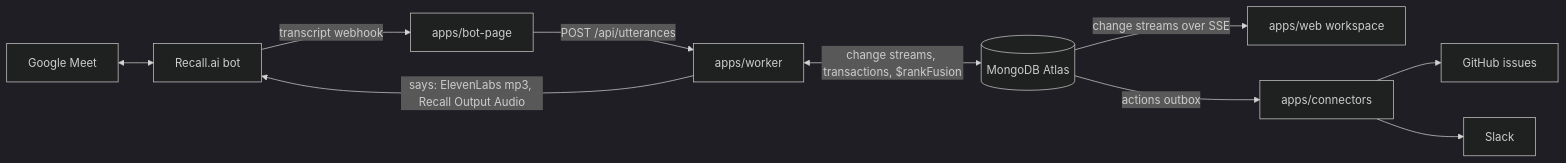
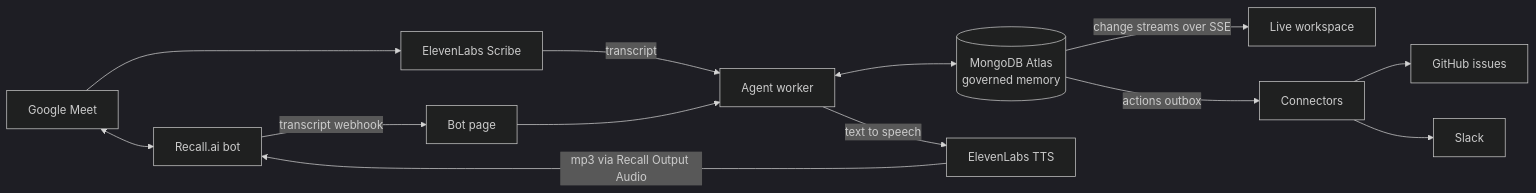
One commit to WagerWarrior/GoMon changed the diagram in README.md. Above: the diagram before and after it, drawn with Mermaid (dark theme). The commit also changed other lines of this file, not shown here.

````diff
--- a/README.md
+++ b/README.md
@@ -12,12 +40,15 @@
 ```mermaid
 flowchart LR
     Meet[Google Meet] <--> Bot[Recall.ai bot]
-    Bot -->|transcript webhook| Page[apps/bot-page]
-    Page -->|POST /api/utterances| W[apps/worker]
-    W <-->|change streams, transactions, $rankFusion| A[(MongoDB Atlas)]
-    W -->|says: ElevenLabs mp3, Recall Output Audio| Bot
-    A -->|change streams over SSE| Web[apps/web workspace]
-    A -->|actions outbox| C[apps/connectors]
-    C --> GH[GitHub issues]
-    C --> SL[Slack]
+    Meet --> Scribe[ElevenLabs Scribe]
+    Scribe -->|transcript| Worker[Agent worker]
+    Bot -->|transcript webhook| Page[Bot page]
+    Page --> Worker
+    Worker <--> Atlas[(MongoDB Atlas<br/>governed memory)]
+    Worker -->|text to speech| Voice[ElevenLabs TTS]
+    Voice -->|mp3 via Recall Output Audio| Bot
+    Atlas -->|change streams over SSE| Web[Live workspace]
+    Atlas -->|actions outbox| Outbox[Connectors]
+    Outbox --> GH[GitHub issues]
+    Outbox --> Slack[Slack]
 ```
````
